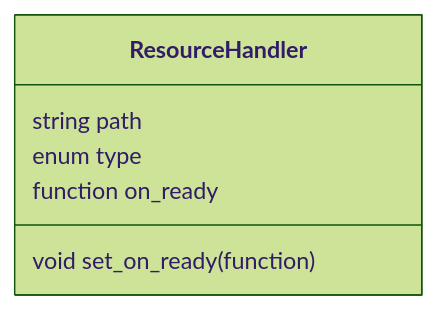
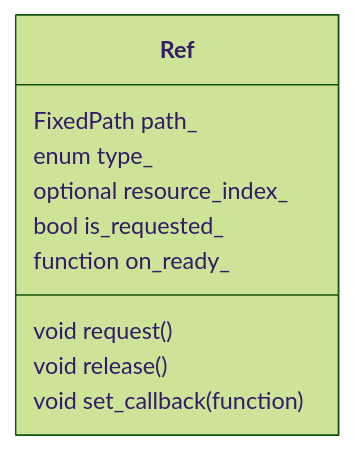
The second of 3 diagrams in docs/resources.md (darkoffalex/nasral-engine), drawn with Mermaid (forest theme) before and after one commit. The commit also changed other lines of this file and 12 other files, not shown here.

````diff
--- a/docs/resources.md
+++ b/docs/resources.md
@@ -36,9 +41,13 @@
 ```mermaid
 classDiagram
-    class ResourceHandler{
-        string path
-        enum type
-        function on_ready
-        void set_on_ready(function)
+    class Ref{
+        FixedPath path_
+        enum type_
+        optional<size_t> resource_index_
+        bool is_requested_
+        function on_ready_
+        void request()
+        void release()
+        void set_callback(function)
     }
 ```
````
